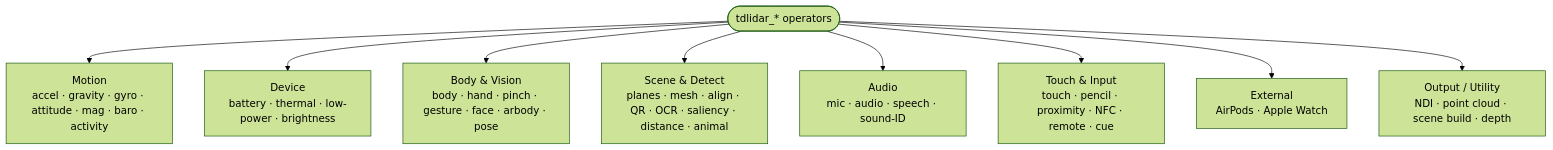
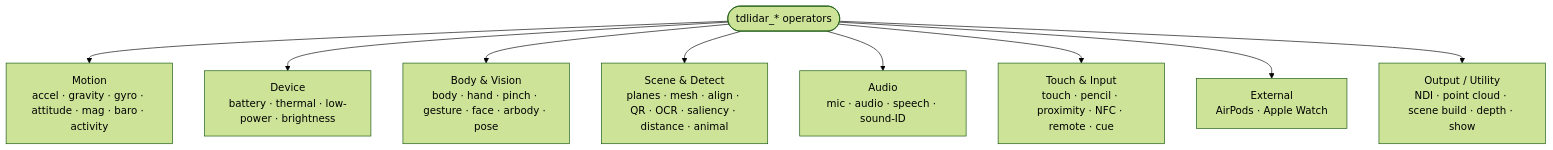
Before and after one commit to TDLiDAR/DOC: the diagram in operators.md, drawn with Mermaid (forest theme). The commit also changed other lines of this file and 11 other files, not shown here.

````diff
--- a/operators.md
+++ b/operators.md
@@ -14,12 +14,12 @@
 ```mermaid
 flowchart TB
   ROOT(["tdlidar_* operators"])
   ROOT --> M["Motion<br/>accel · gravity · gyro · attitude · mag · baro · activity"]
   ROOT --> D["Device<br/>battery · thermal · low-power · brightness"]
   ROOT --> B["Body &amp; Vision<br/>body · hand · pinch · gesture · face · arbody · pose"]
   ROOT --> S["Scene &amp; Detect<br/>planes · mesh · align · QR · OCR · saliency · distance · animal"]
   ROOT --> A["Audio<br/>mic · audio · speech · sound-ID"]
   ROOT --> T["Touch &amp; Input<br/>touch · pencil · proximity · NFC · remote · cue"]
   ROOT --> X["External<br/>AirPods · Apple Watch"]
-  ROOT --> O["Output / Utility<br/>NDI · point cloud · scene build · depth"]
+  ROOT --> O["Output / Utility<br/>NDI · point cloud · scene build · depth · show"]
 ```
````
